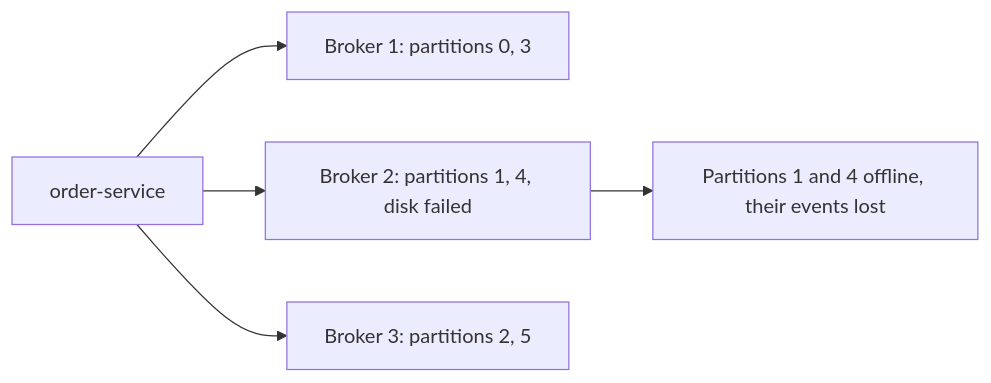
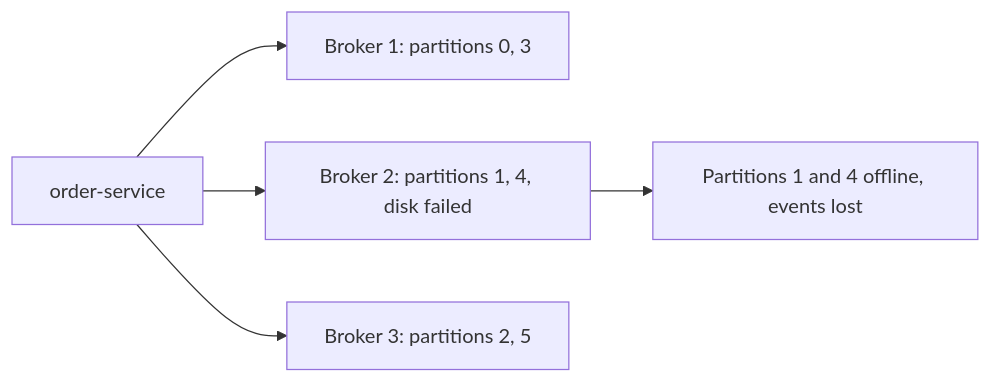
Before and after one commit to jubin-techwiz/learning: the first of 2 diagrams in notes/02-messaging/02-kafka/06-brokers-replication-leader-election.md, drawn with Mermaid. The commit also changed other lines of this file and 37 other files, not shown here.

````diff
--- a/notes/02-messaging/02-kafka/06-brokers-replication-leader-election.md
+++ b/notes/02-messaging/02-kafka/06-brokers-replication-leader-election.md
@@ -26,7 +55,7 @@
 ```mermaid
 flowchart LR
     O[order-service] --> B1[Broker 1: partitions 0, 3]
     O --> B2[Broker 2: partitions 1, 4, disk failed]
     O --> B3[Broker 3: partitions 2, 5]
-    B2 --> X[Partitions 1 and 4 offline, their events lost]
+    B2 --> X[Partitions 1 and 4 offline, events lost]
 ```
````
